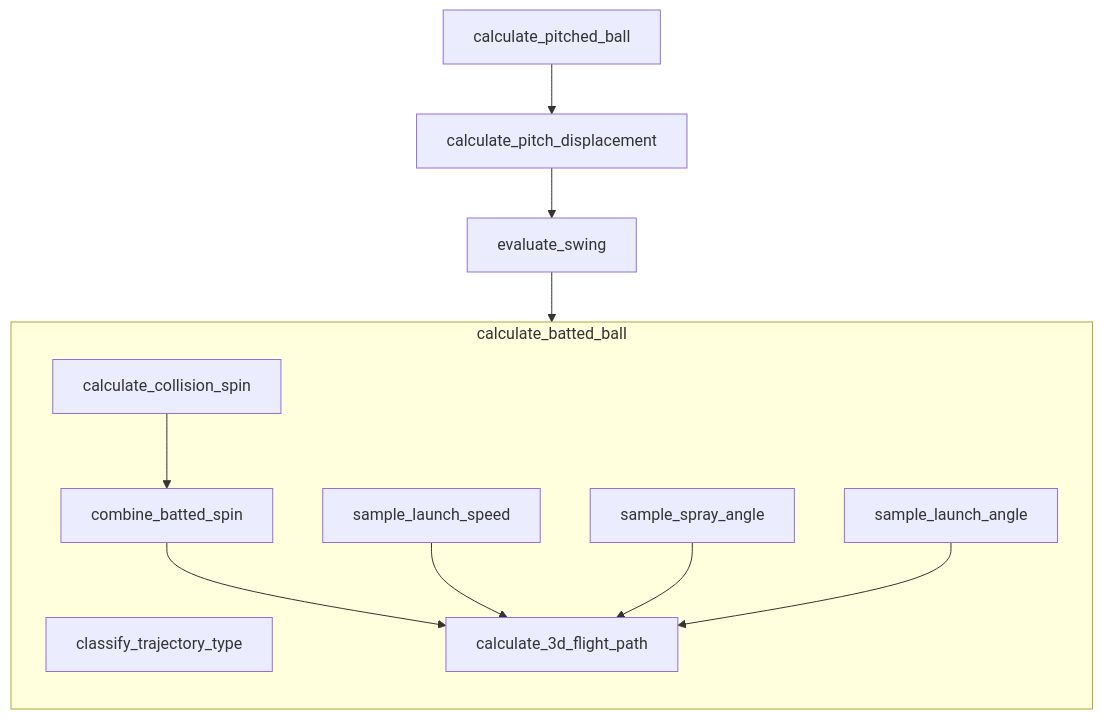
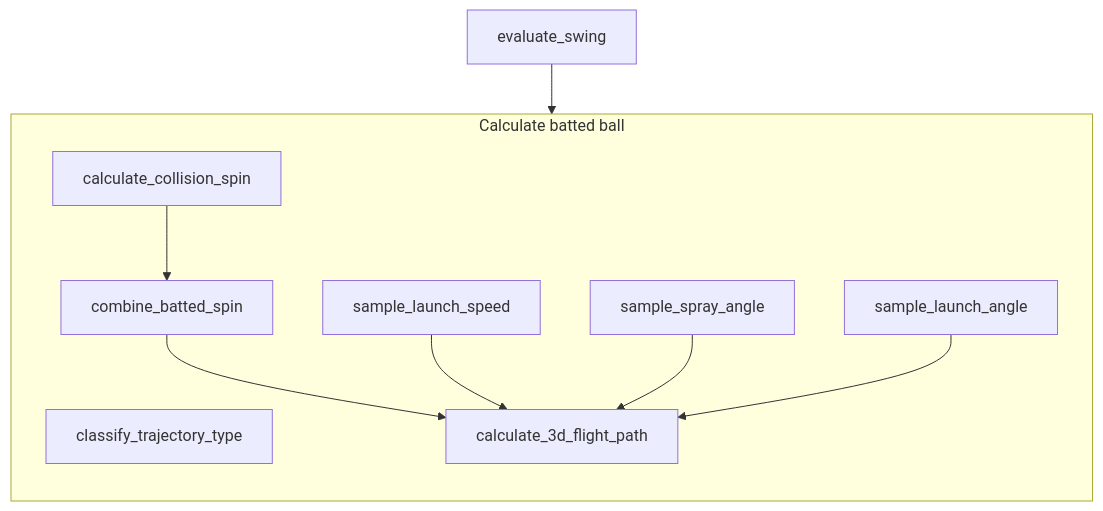
Before and after one commit to torafugu/saberbb: the diagram in docs/batting_diagram.mmd, drawn with Mermaid. The commit also changed 10 other files, not shown here.

Commit message:
spin_efficiency was added to PitchedBall.

```diff
--- a/docs/batting_diagram.mmd
+++ b/docs/batting_diagram.mmd
@@ -1,13 +1,11 @@
 flowchart TD
-    calculate_pitched_ball --> calculate_pitch_displacement
-    calculate_pitch_displacement --> evaluate_swing
     evaluate_swing --> calculate_batted_ball
 
-    subgraph calculate_batted_ball
+    subgraph calculate_batted_ball[Calculate batted ball]
         direction TB
         classify_trajectory_type
         calculate_collision_spin --> combine_batted_spin --> calculate_3d_flight_path
         sample_launch_speed --> calculate_3d_flight_path
         sample_spray_angle --> calculate_3d_flight_path
         sample_launch_angle --> calculate_3d_flight_path
     end
```
